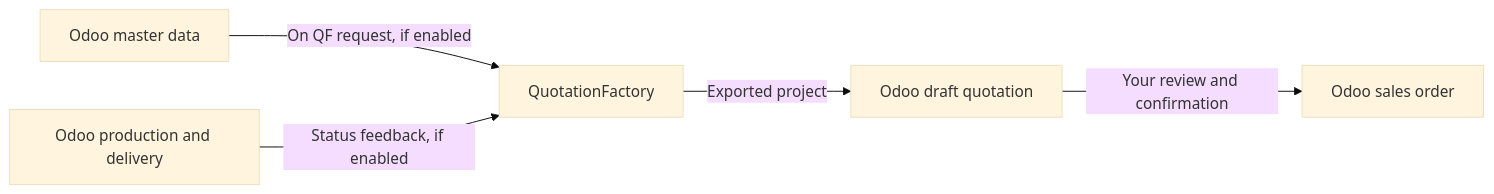
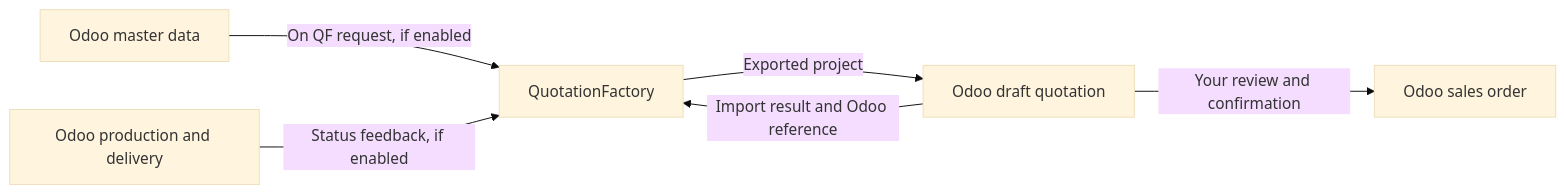
One commit to SheetMetalConnect/smc-mintlify changed the diagram in qf2odoo/overview.mdx. Above: the diagram before and after it, drawn with Mermaid (base theme). The commit also changed other lines of this file and 8 other files, not shown here.

````diff
--- a/qf2odoo/overview.mdx
+++ b/qf2odoo/overview.mdx
@@ -12,7 +12,8 @@
 ```mermaid
 flowchart LR
     Q["QuotationFactory"] -->|"Exported project"| O["Odoo draft quotation"]
+    O -->|"Import result and Odoo reference"| Q
     O -->|"Your review and confirmation"| S["Odoo sales order"]
     M["Odoo master data"] -->|"On QF request, if enabled"| Q
     P["Odoo production and delivery"] -->|"Status feedback, if enabled"| Q
 ```
````
